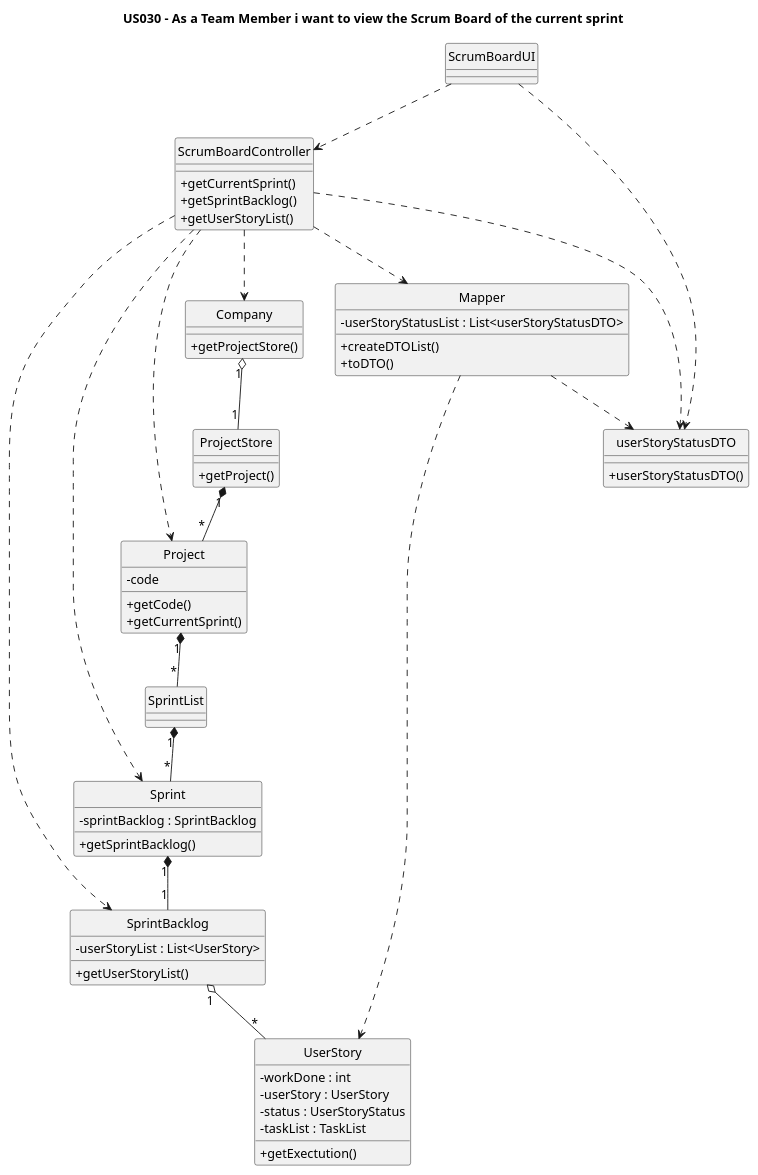
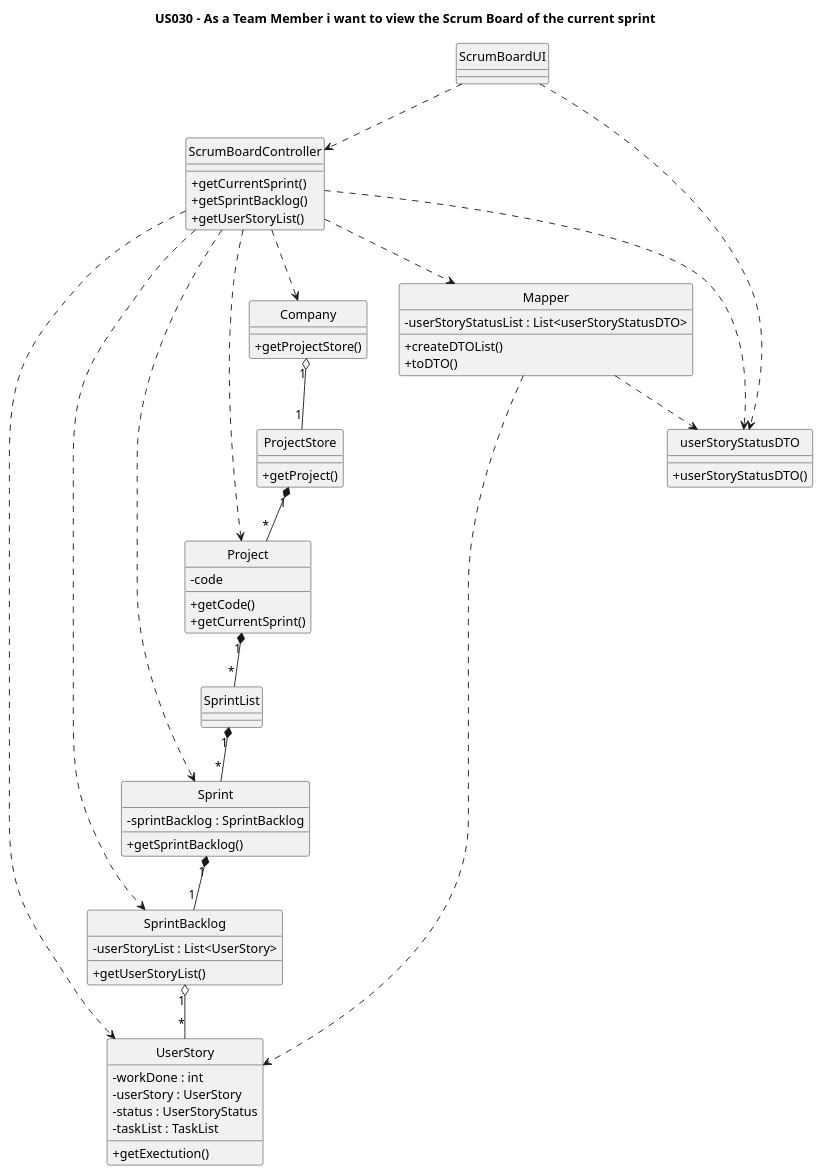
The diagram in docs/Sprint3/US030/US030-CD.puml (nunogon1211787/projectManagement), drawn with PlantUML before and after one commit. The commit also changed 14 other files, not shown here.

```diff
--- a/docs/Sprint3/US030/US030-CD.puml
+++ b/docs/Sprint3/US030/US030-CD.puml
@@ -1,80 +1,81 @@
 @startuml
 'https://plantuml.com/class-diagram
 
 hide circle
 skinparam classAttributeIconSize 0
 
 title US030 - As a Team Member i want to view the Scrum Board of the current sprint
 
 class ScrumBoardUI
 
 class ScrumBoardController{
 +getCurrentSprint()
 +getSprintBacklog()
 +getUserStoryList()
 }
 
 class Company{
 +getProjectStore()
 }
 
 class ProjectStore{
 +getProject()
 }
 
 class Project{
 -code
 +getCode()
 +getCurrentSprint()
 }
 
 class SprintList{}
 
 class Sprint{
 -sprintBacklog : SprintBacklog
 +getSprintBacklog()
 }
 
 class SprintBacklog{
 -userStoryList : List<UserStory>
 +getUserStoryList()
 }
 
 class Mapper{
 -userStoryStatusList : List<userStoryStatusDTO>
 +createDTOList()
 +toDTO()
 }
 
 class userStoryStatusDTO{
 +userStoryStatusDTO()
 }
 
 class UserStory {
 -workDone : int
 -userStory : UserStory
 -status : UserStoryStatus
 -taskList : TaskList
 +getExectution()
 }
 
 
 ScrumBoardUI ..> ScrumBoardController
 ScrumBoardUI ..> userStoryStatusDTO
 ScrumBoardController ..> userStoryStatusDTO
 ScrumBoardController ..> Company
 ScrumBoardController ..> Project
 ScrumBoardController ..> Mapper
+ScrumBoardController ..> UserStory
 Mapper ..> UserStory
 Mapper ..> userStoryStatusDTO
 Company "1" o-- "1" ProjectStore
 ProjectStore "1" *-- "*" Project
 Project "1" *-- "*" SprintList
 SprintList "1" *-- "*" Sprint
 Sprint "1" *-- "1" SprintBacklog
 SprintBacklog "1" o-- "*" UserStory
 
 ScrumBoardController ..> SprintBacklog
 ScrumBoardController ..> Sprint
 
 @enduml
```
